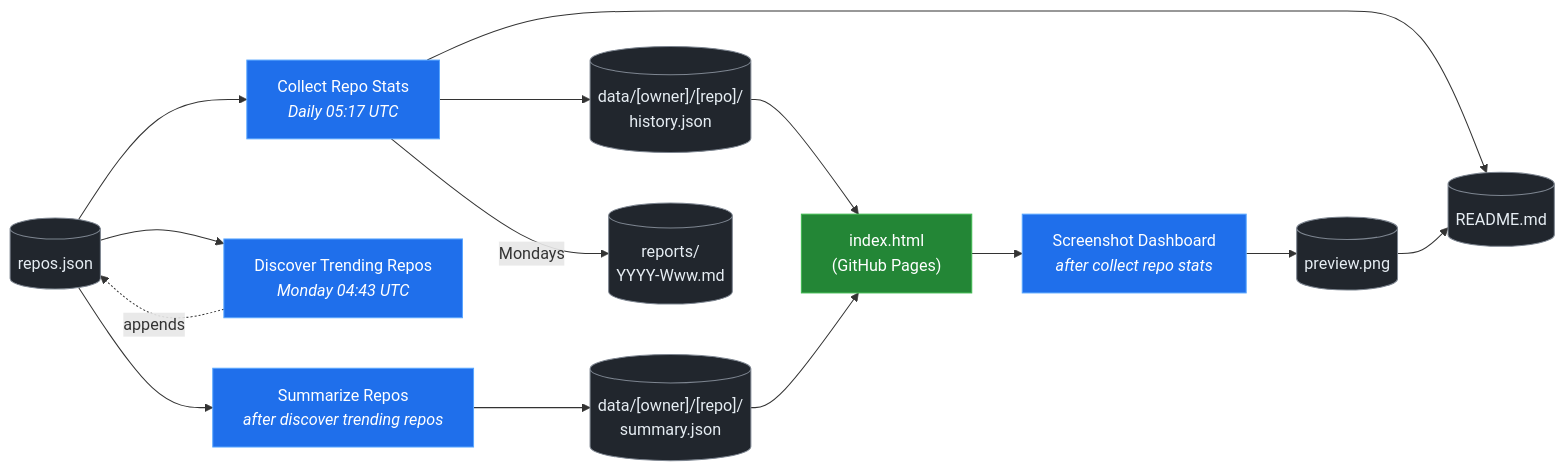
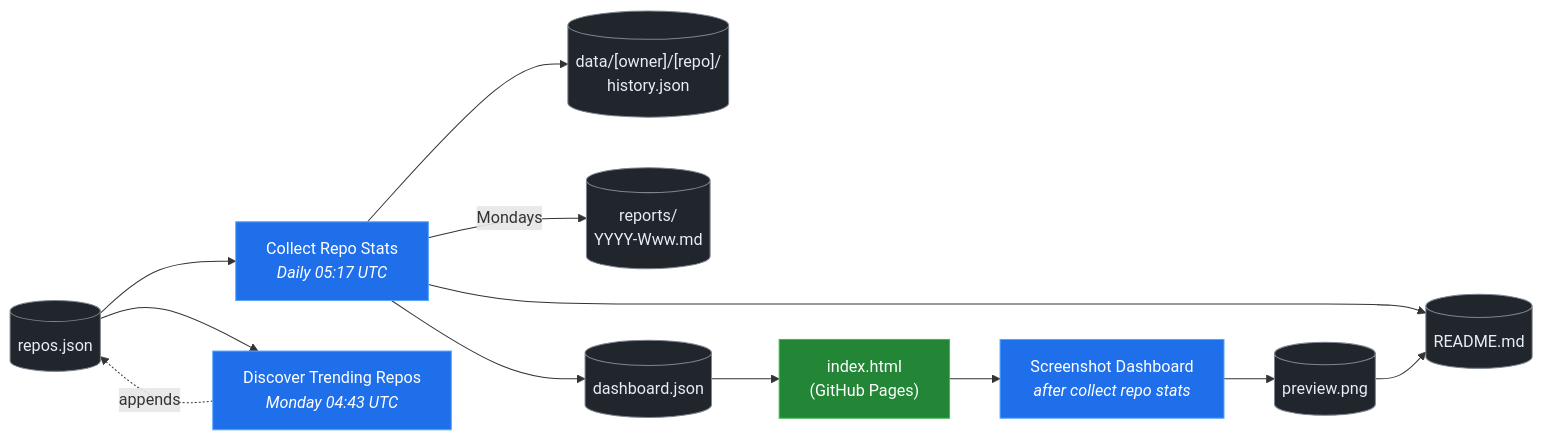
The diagram in README.md (patrick-creates/rising-repos-tracker), drawn with Mermaid before and after one commit. The commit also changed other lines of this file and 220 other files, not shown here.

````diff
--- a/README.md
+++ b/README.md
@@ -57,30 +59,27 @@
 ```mermaid
 graph LR
     repos[("repos.json")]:::data
     history[("data/[owner]/[repo]/<br/>history.json")]:::data
-    summary[("data/[owner]/[repo]/<br/>summary.json")]:::data
     readme[("README.md")]:::data
     reports[("reports/<br/>YYYY-Www.md")]:::data
     preview[("preview.png")]:::data
+    site[("dashboard.json")]:::data
     dashboard["index.html<br/>(GitHub Pages)"]:::output
     collect_yml["Collect Repo Stats<br/><i>Daily 05:17 UTC</i>"]:::workflow
     discover_yml["Discover Trending Repos<br/><i>Monday 04:43 UTC</i>"]:::workflow
     screenshot_yml["Screenshot Dashboard<br/><i>after collect repo stats</i>"]:::workflow
-    summarize_yml["Summarize Repos<br/><i>after discover trending repos</i>"]:::workflow
     repos --> collect_yml
     collect_yml --> history
     collect_yml --> readme
+    collect_yml --> site
     collect_yml -->|Mondays| reports
     repos --> discover_yml
     discover_yml -.->|appends| repos
     dashboard --> screenshot_yml
     screenshot_yml --> preview
-    repos --> summarize_yml
-    summarize_yml --> summary
-    history --> dashboard
-    summary --> dashboard
+    site --> dashboard
     preview --> readme
     classDef workflow fill:#1f6feb,stroke:#58a6ff,color:#fff
     classDef data fill:#21262d,stroke:#7d8590,color:#e6edf3
     classDef output fill:#238636,stroke:#3fb950,color:#fff
 ```
````
